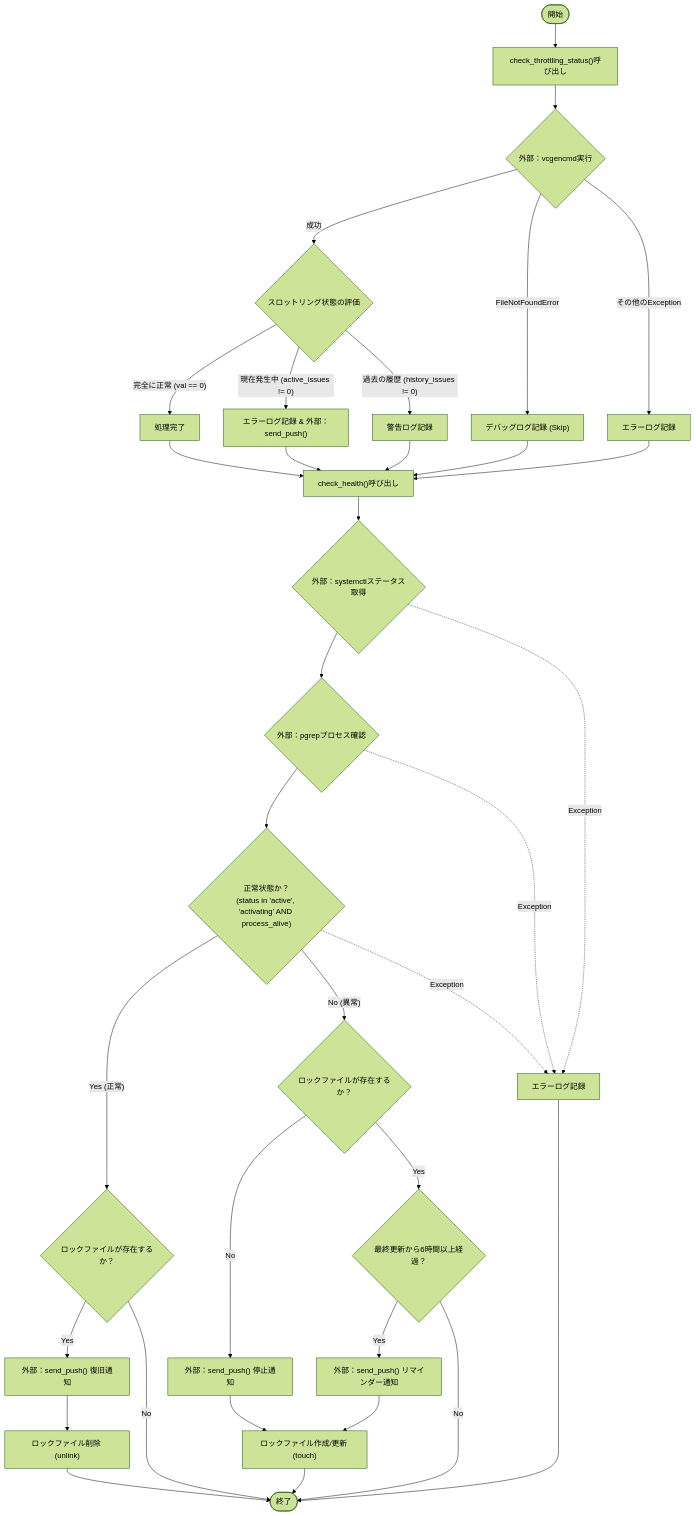
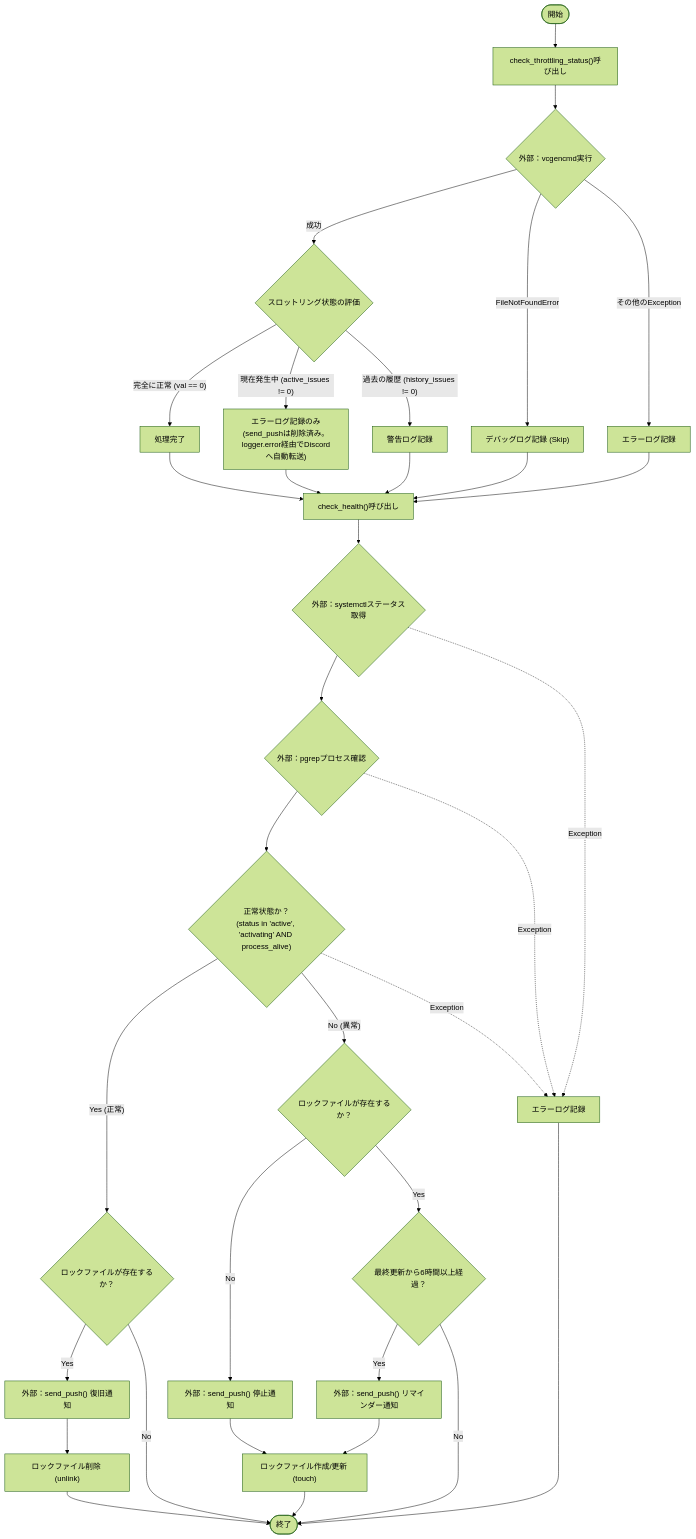
Before and after one commit to mmtigers/my_python_project: the first of 2 diagrams in docs/specifications/MY_HOME_SYSTEM/server_watchdog.md, drawn with Mermaid (forest theme). The commit also changed other lines of this file and 6 other files, not shown here.

````diff
--- a/docs/specifications/MY_HOME_SYSTEM/server_watchdog.md
+++ b/docs/specifications/MY_HOME_SYSTEM/server_watchdog.md
@@ -137,48 +137,48 @@
 ```mermaid
 flowchart TD
     Start([開始]) --> A["check_throttling_status()呼び出し"]
     
     %% check_throttling_statusのフロー
     A --> B{"外部：vcgencmd実行"}
     B -- "成功" --> C{"スロットリング状態の評価"}
     B -- "FileNotFoundError" --> D["デバッグログ記録 (Skip)"]
     B -- "その他のException" --> E["エラーログ記録"]
     
     C -- "完全に正常 (val == 0)" --> F["処理完了"]
-    C -- "現在発生中 (active_issues != 0)" --> G["エラーログ記録 & 外部：send_push()"]
+    C -- "現在発生中 (active_issues != 0)" --> G["エラーログ記録のみ<br>(send_pushは削除済み。logger.error経由でDiscordへ自動転送)"]
     C -- "過去の履歴 (history_issues != 0)" --> H["警告ログ記録"]
     
     D --> I["check_health()呼び出し"]
     E --> I
     F --> I
     G --> I
     H --> I
     
     %% check_healthのフロー
     I --> J{"外部：systemctlステータス取得"}
     J --> K{"外部：pgrepプロセス確認"}
     K --> L{"正常状態か？<br>(status in 'active', 'activating' AND process_alive)"}
     
     L -- "Yes (正常)" --> M{"ロックファイルが存在するか？"}
     M -- "Yes" --> N["外部：send_push() 復旧通知"]
     N --> O["ロックファイル削除 (unlink)"]
     O --> P([終了])
     M -- "No" --> P
     
     L -- "No (異常)" --> Q{"ロックファイルが存在するか？"}
     Q -- "No" --> R["外部：send_push() 停止通知"]
     R --> S["ロックファイル作成/更新 (touch)"]
     S --> P
     
     Q -- "Yes" --> T{"最終更新から6時間以上経過？"}
     T -- "Yes" --> U["外部：send_push() リマインダー通知"]
     U --> S
     T -- "No" --> P
     
     %% エラーハンドリング
     J -.-> |"Exception"| V["エラーログ記録"]
     K -.-> |"Exception"| V
     L -.-> |"Exception"| V
     V --> P
 
 ```
````
